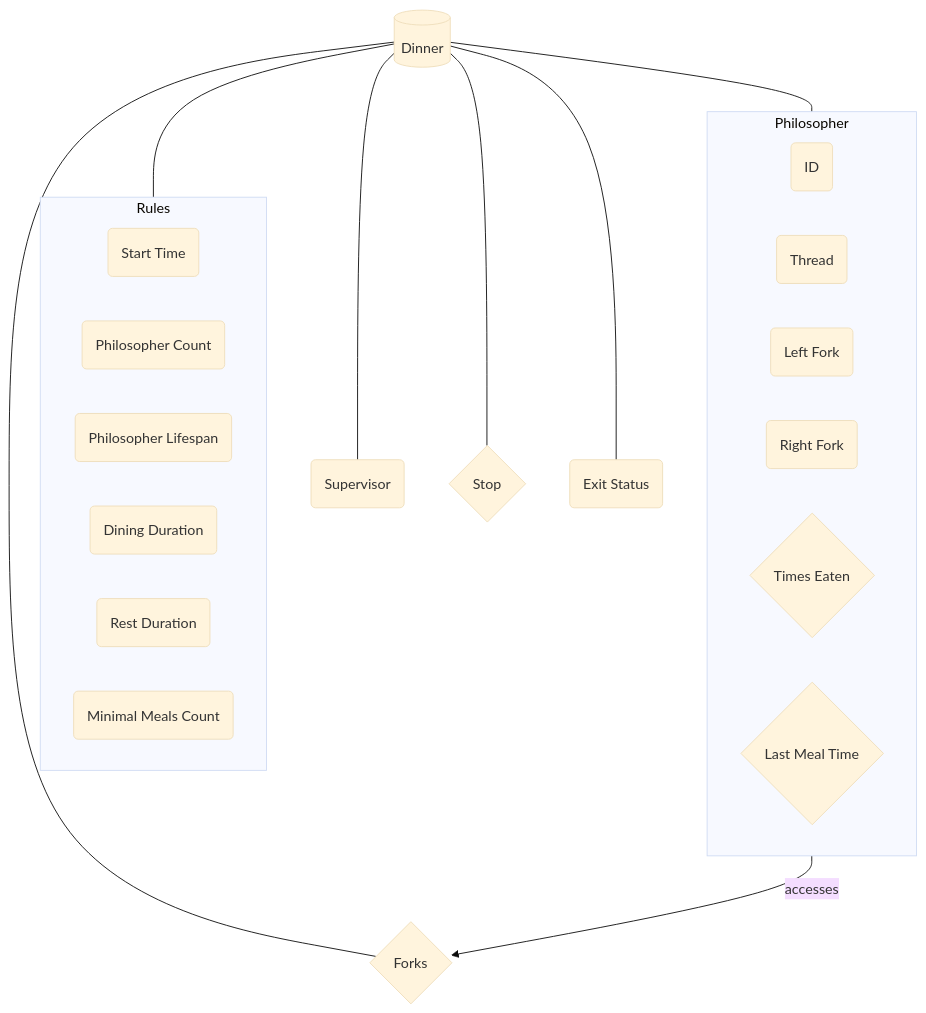
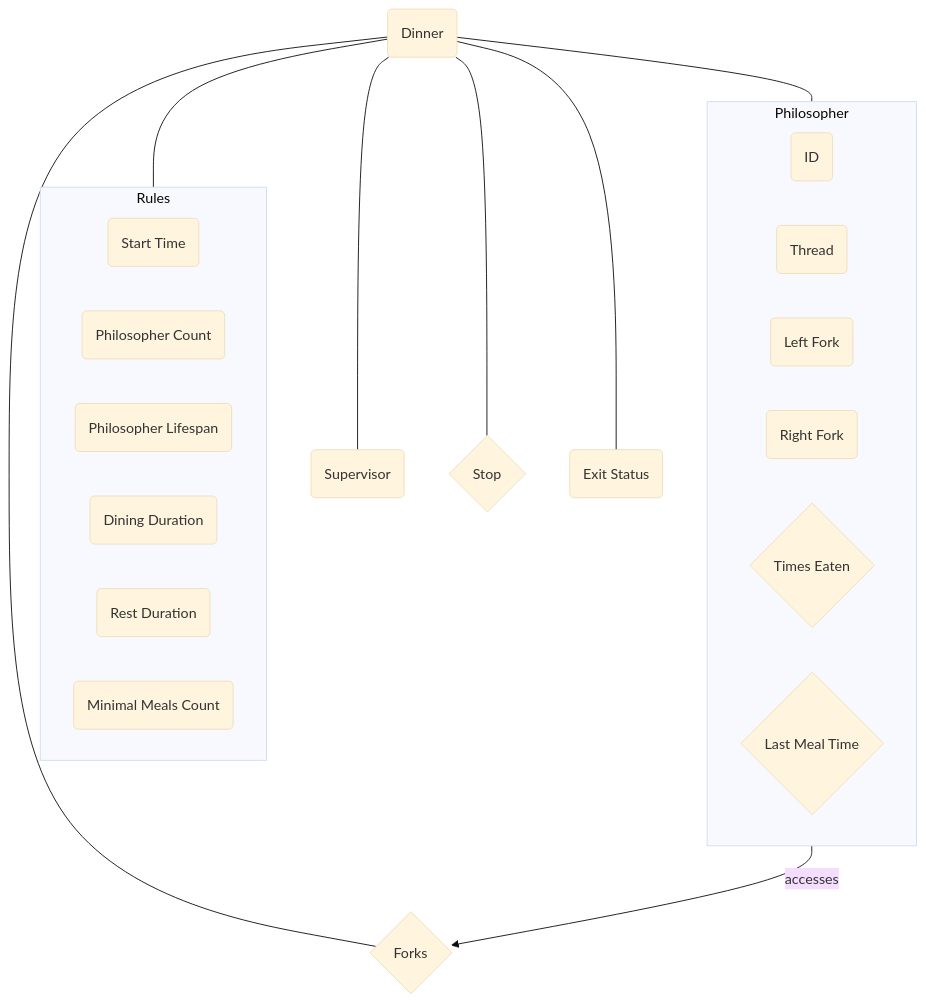
The diagram in README.md (riceset/Philosophers), drawn with Mermaid (base theme) before and after one commit.

Commit message:
docs: Change style for the Dinner cell

````diff
--- a/README.md
+++ b/README.md
@@ -16,38 +16,38 @@
 ```mermaid
 flowchart TB
-    A[("Dinner")]
+    A("Dinner")
     B{"Forks"}
     C("Supervisor")
     D{"Stop"}
     E("Exit Status")
 
     A --- B
     A --- C
     A --- D
     A --- E
 
     subgraph Rules
 		R0("Start Time")
         R1("Philosopher Count")
         R2("Philosopher Lifespan")
         R3("Dining Duration")
         R4("Rest Duration")
         R5("Minimal Meals Count")
     end
 
     A --- Rules
 
     subgraph Philosopher
         D0("ID")
         D1("Thread")
         D2("Left Fork")
         D3("Right Fork")
         D4{"Times Eaten"}
         D5{"Last Meal Time"}
     end
 
     A --- Philosopher
 
     %% Clarifying relationships
     Philosopher -->|accesses| B
 ```
````
